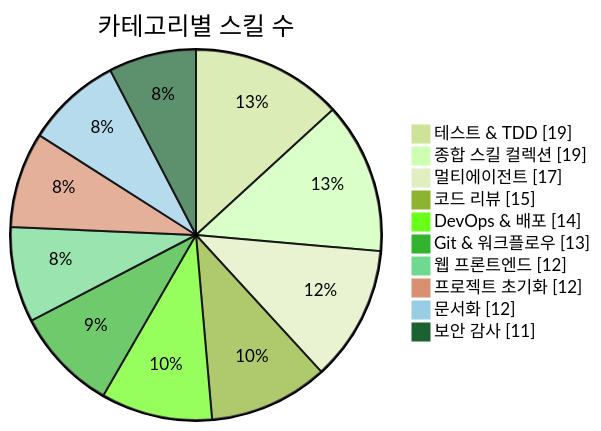
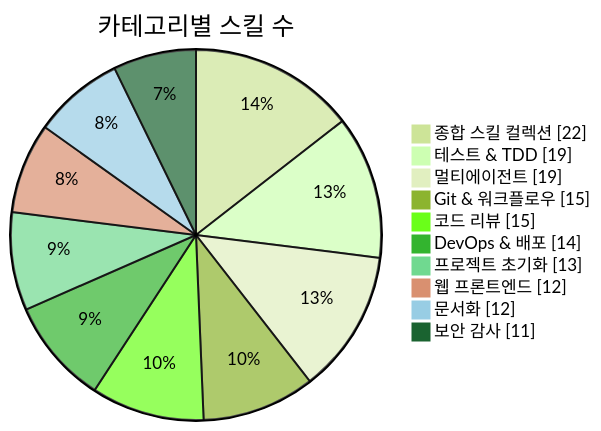
Before and after one commit to J-nowcow/awesome-korean-agent-skills: the first of 3 diagrams in README.md, drawn with Mermaid (forest theme). The commit also changed other lines of this file and 11 other files, not shown here.

````diff
--- a/README.md
+++ b/README.md
@@ -176,14 +176,14 @@
 ```mermaid
 pie showData
     title 카테고리별 스킬 수
+    "종합 스킬 컬렉션" : 22
     "테스트 & TDD" : 19
-    "종합 스킬 컬렉션" : 19
-    "멀티에이전트" : 17
+    "멀티에이전트" : 19
+    "Git & 워크플로우" : 15
     "코드 리뷰" : 15
     "DevOps & 배포" : 14
-    "Git & 워크플로우" : 13
+    "프로젝트 초기화" : 13
     "웹 프론트엔드" : 12
-    "프로젝트 초기화" : 12
     "문서화" : 12
     "보안 감사" : 11
 ```
````
